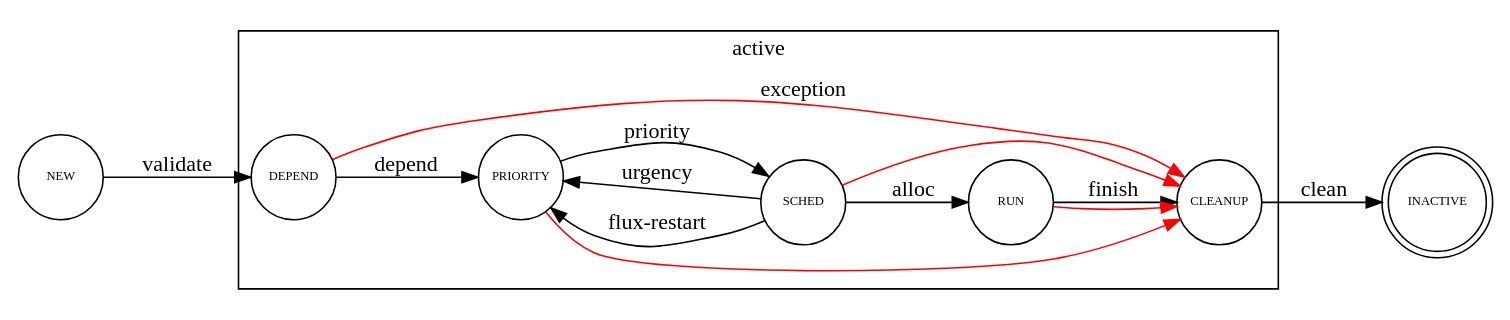
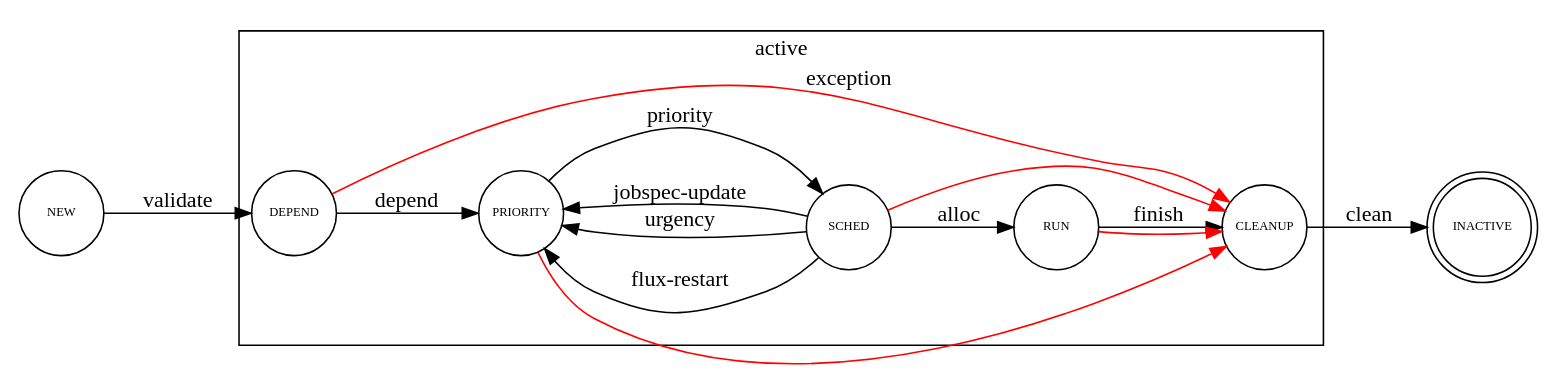
One commit to flux-framework/rfc changed the diagram in data/spec_21/states.dot. Above: the diagram before and after it, drawn with Graphviz. The commit also changed 1 other file, not shown here.

Commit message:
rfc21: add cycle to state diagram
Problem: the jobspec-update event may now cause a job in SCHED
state to revert to PRIORITY state.

Add cycle to graph.

```diff
--- a/data/spec_21/states.dot
+++ b/data/spec_21/states.dot
@@ -1,35 +1,36 @@
 digraph states {
     rankdir=LR
 
 #size="8,5"
 
     node [shape=doublecircle fontsize=8 fixsize=shape width=0.75]; INACTIVE
 
     node [shape=circle fontsize=8 fixedsize=shape width=0.75];
 
     subgraph cluster_main {
         label = "active";
         DEPEND;
         PRIORITY;
         SCHED;
         RUN;
         CLEANUP;
     }
 
     NEW -> DEPEND [label="validate"];
     DEPEND -> PRIORITY [label="depend"];
     PRIORITY -> SCHED [label="priority"];
     SCHED -> RUN [label="alloc"];
     RUN -> CLEANUP [label="finish"];
     CLEANUP -> INACTIVE [label="clean"];
 
     SCHED -> PRIORITY [label="flux-restart"]
     SCHED -> PRIORITY [label="urgency"]
+    SCHED -> PRIORITY [label="jobspec-update"]
 
     edge [weight=0 color="red"];
 
     DEPEND -> CLEANUP [label="exception"];
     PRIORITY -> CLEANUP;
     SCHED -> CLEANUP;
     RUN -> CLEANUP;
 }
```
